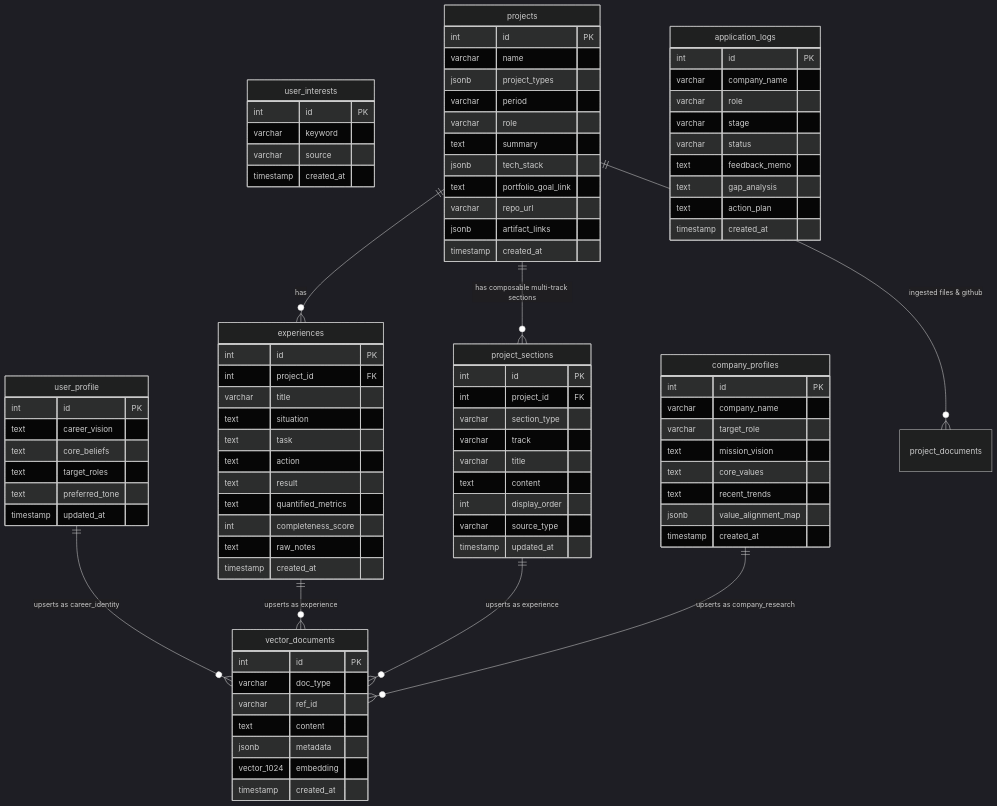
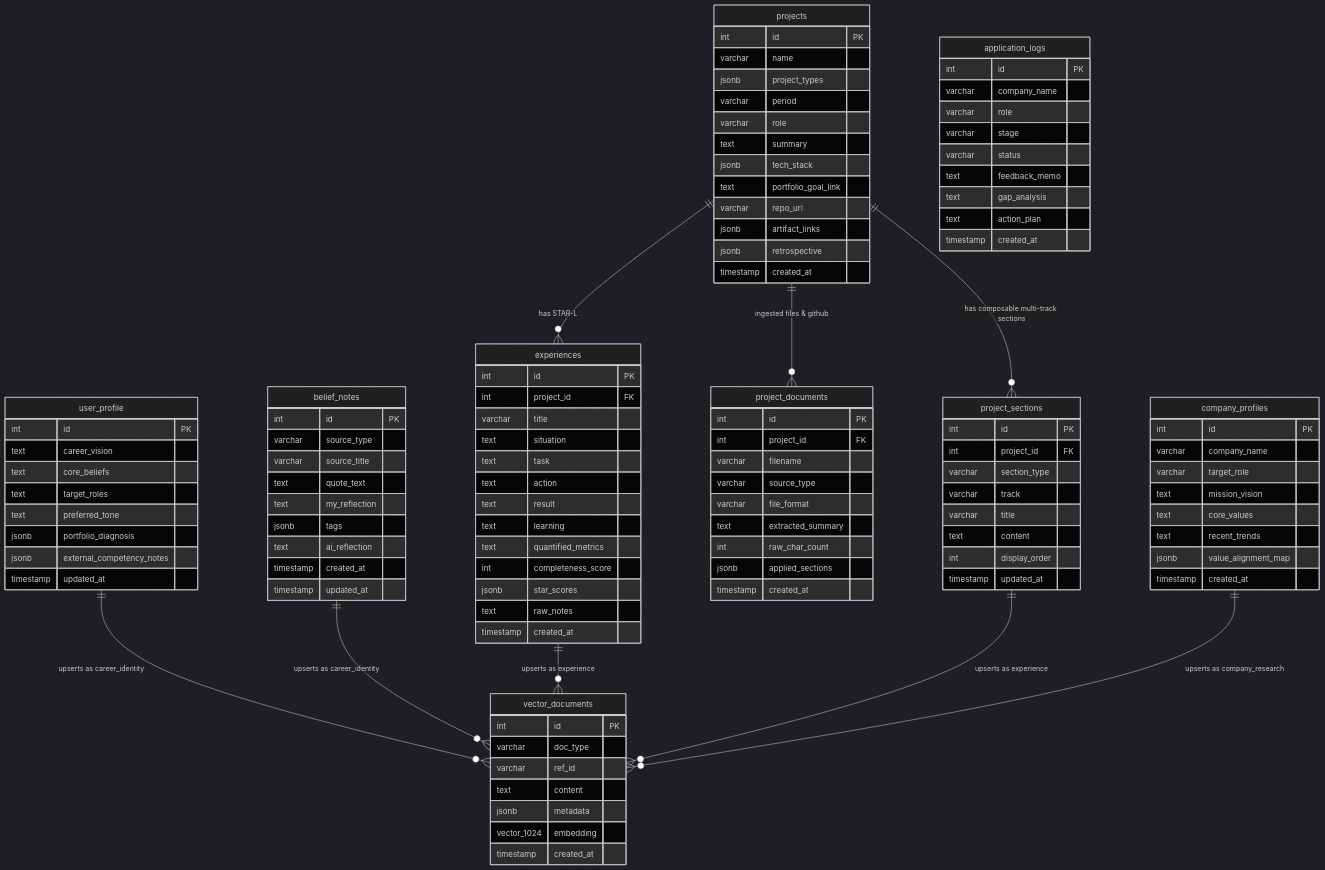
The second of 4 diagrams in ARCHITECTURE.md (KASOP0306/write-on-vibe-lab), drawn with Mermaid (dark theme) before and after one commit. The commit also changed other lines of this file and 3 other files, not shown here.

Commit message:
docs: update README, ARCHITECTURE, WORKFLOWS, and DEPLOY_EC2 to latest 7-page architecture

```diff
--- a/ARCHITECTURE.md
+++ b/ARCHITECTURE.md
@@ -57,14 +57,21 @@
         text core_beliefs
         text target_roles
         text preferred_tone
+        jsonb portfolio_diagnosis
+        jsonb external_competency_notes
         timestamp updated_at
     }
 
-    user_interests {
+    belief_notes {
         int id PK
-        varchar keyword
-        varchar source
+        varchar source_type
+        varchar source_title
+        text quote_text
+        text my_reflection
+        jsonb tags
+        text ai_reflection
         timestamp created_at
+        timestamp updated_at
     }
 
     projects {
@@ -78,6 +85,7 @@
         text portfolio_goal_link
         varchar repo_url
         jsonb artifact_links
+        jsonb retrospective
         timestamp created_at
     }
 
@@ -89,8 +97,19 @@
         varchar title
         text content
         int display_order
+        timestamp updated_at
+    }
+
+    project_documents {
+        int id PK
+        int project_id FK
+        varchar filename
         varchar source_type
-        timestamp updated_at
+        varchar file_format
+        text extracted_summary
+        int raw_char_count
+        jsonb applied_sections
+        timestamp created_at
     }
 
     experiences {
@@ -101,8 +120,10 @@
         text task
         text action
         text result
+        text learning
         text quantified_metrics
         int completeness_score
+        jsonb star_scores
         text raw_notes
         timestamp created_at
     }
@@ -140,10 +161,11 @@
         timestamp created_at
     }
 
-    projects ||--o{ experiences : "has"
+    projects ||--o{ experiences : "has STAR-L"
     projects ||--o{ project_sections : "has composable multi-track sections"
     projects ||--o{ project_documents : "ingested files & github"
     user_profile ||--o{ vector_documents : "upserts as career_identity"
+    belief_notes ||--o{ vector_documents : "upserts as career_identity"
     experiences ||--o{ vector_documents : "upserts as experience"
     project_sections ||--o{ vector_documents : "upserts as experience"
     company_profiles ||--o{ vector_documents : "upserts as company_research"
```
